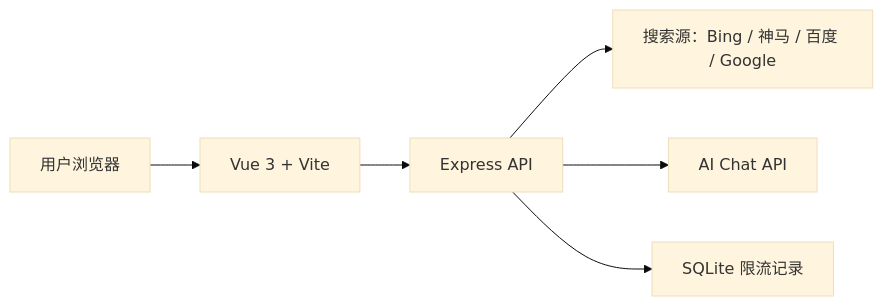
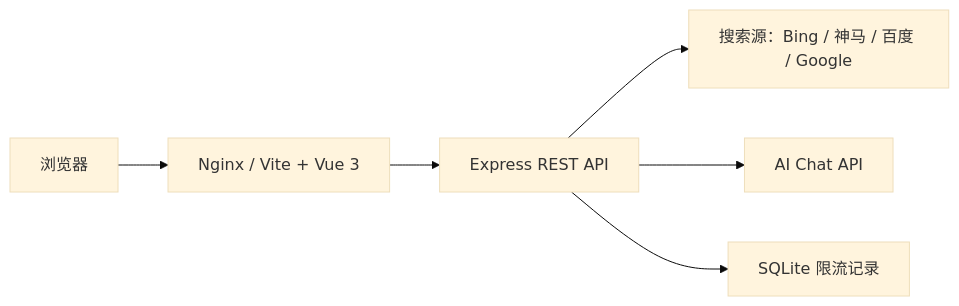
Before and after one commit to littleseven2003/onepercent_taptap_generator: the diagram in README.md, drawn with Mermaid (base theme). The commit also changed other lines of this file and 3 other files, not shown here.

````diff
--- a/README.md
+++ b/README.md
@@ -175,8 +146,8 @@
 ```mermaid
 flowchart LR
-  User["用户浏览器"] --> Web["Vue 3 + Vite"]
-  Web --> API["Express API"]
+  User["浏览器"] --> Web["Nginx / Vite + Vue 3"]
+  Web --> API["Express REST API"]
   API --> Search["搜索源：Bing / 神马 / 百度 / Google"]
   API --> AI["AI Chat API"]
   API --> DB["SQLite 限流记录"]
 ```
````
